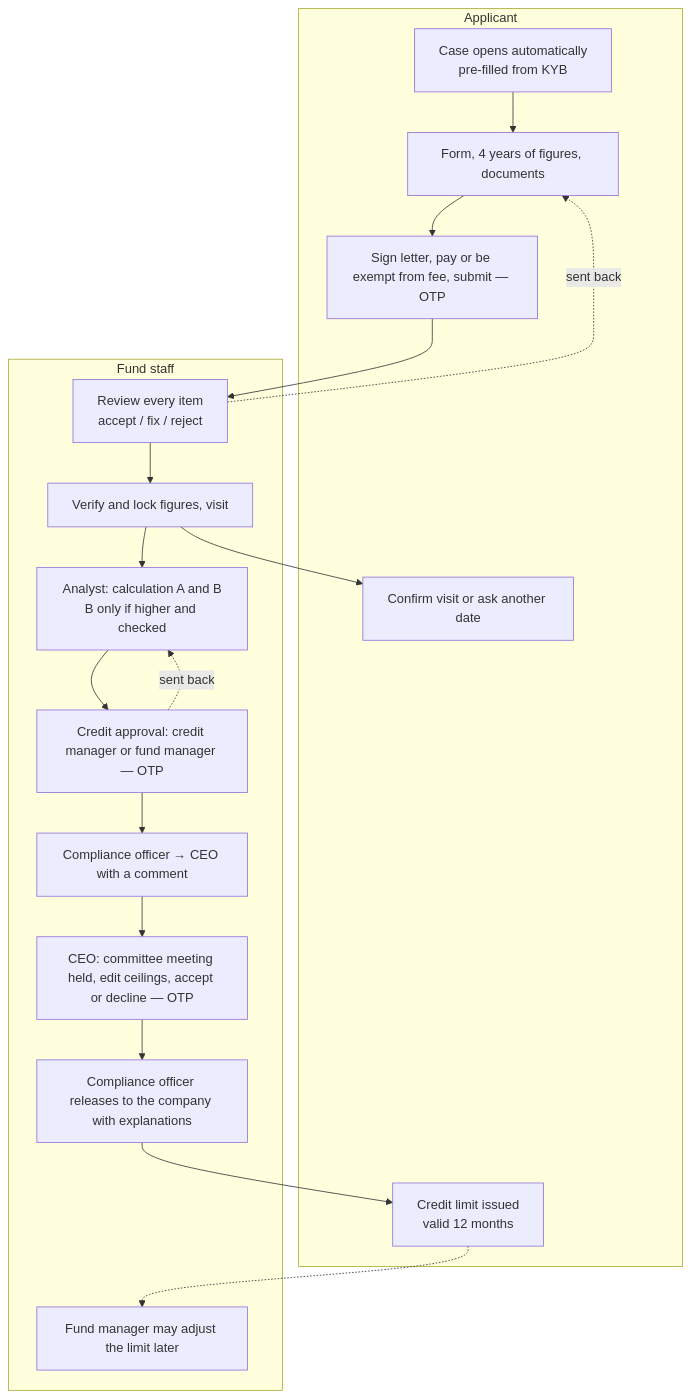
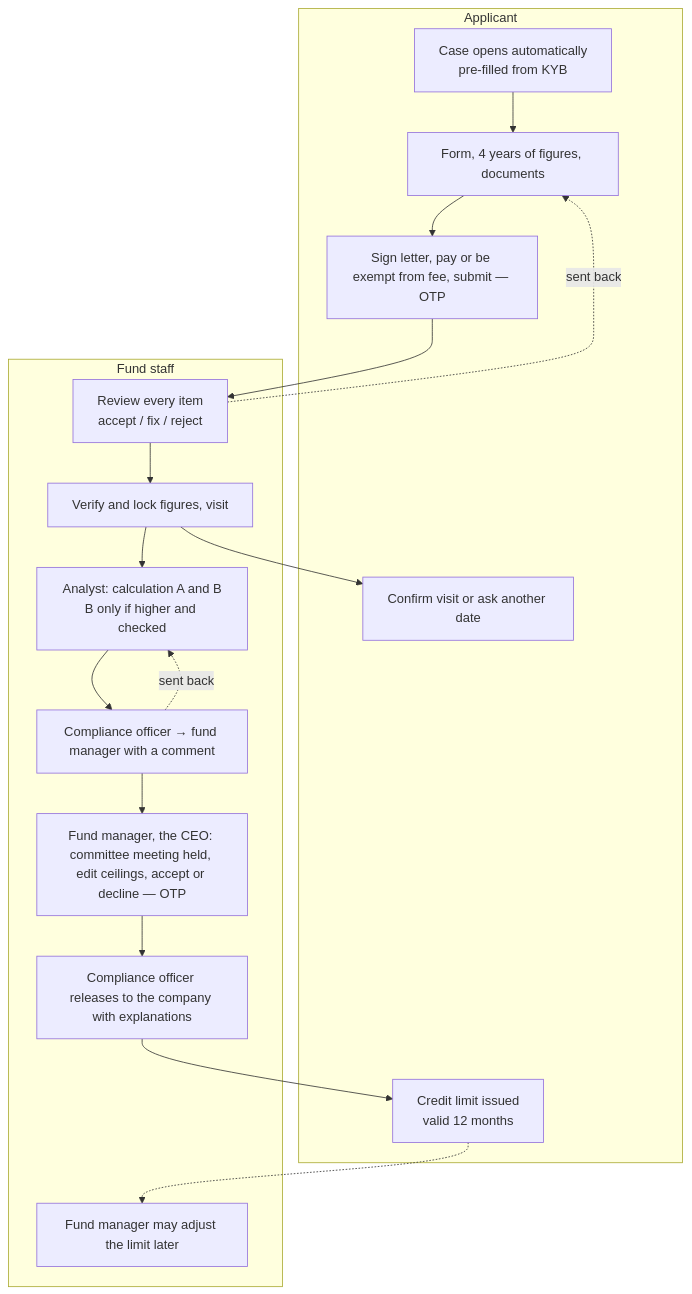
Before and after one commit to SaKhajeh/tokenization-platform: the second of 4 diagrams in docs/plan/08-user-stories.md, drawn with Mermaid. The commit also changed other lines of this file and 22 other files, not shown here.

````diff
--- a/docs/plan/08-user-stories.md
+++ b/docs/plan/08-user-stories.md
@@ -58,24 +58,23 @@
 ```mermaid
 flowchart TD
   subgraph Applicant
     A1[Case opens automatically<br/>pre-filled from KYB] --> A2[Form, 4 years of figures, documents]
     A2 --> A3[Sign letter, pay or be exempt from fee, submit — OTP]
     A4[Confirm visit or ask another date]
     A5[Credit limit issued<br/>valid 12 months]
   end
   subgraph Fund staff
     S1[Review every item<br/>accept / fix / reject] --> S2[Verify and lock figures, visit]
     S2 --> S3[Analyst: calculation A and B<br/>B only if higher and checked]
-    S3 --> S4[Credit approval: credit manager or fund manager — OTP]
-    S4 --> S6[Compliance officer → CEO with a comment]
-    S6 --> S7[CEO: committee meeting held, edit ceilings, accept or decline — OTP]
+    S3 --> S6[Compliance officer → fund manager with a comment]
+    S6 --> S7[Fund manager, the CEO: committee meeting held, edit ceilings, accept or decline — OTP]
     S7 --> S8[Compliance officer releases to the company with explanations]
     S5[Fund manager may adjust the limit later]
   end
   A3 --> S1
   S1 -. sent back .-> A2
   S2 --> A4
-  S4 -. sent back .-> S3
+  S6 -. sent back .-> S3
   S8 --> A5
   A5 -.-> S5
 ```
````
